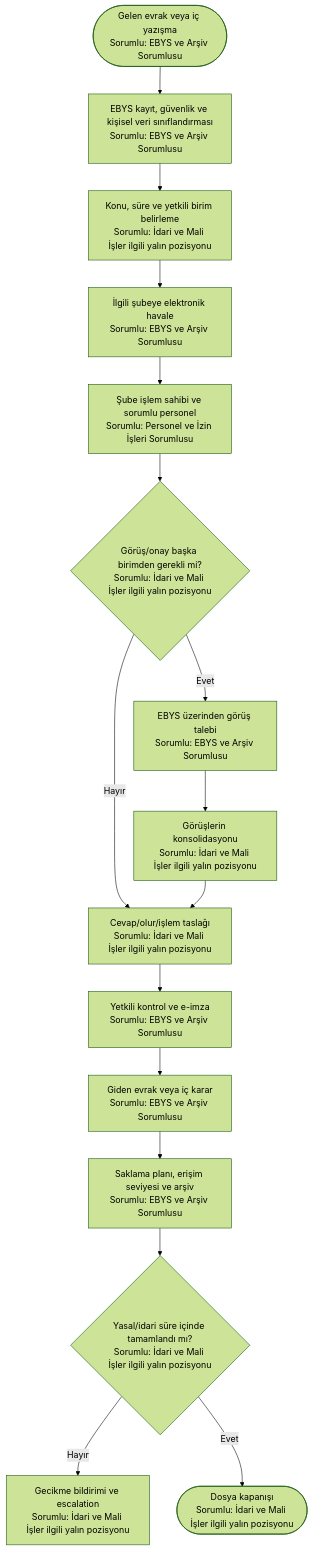
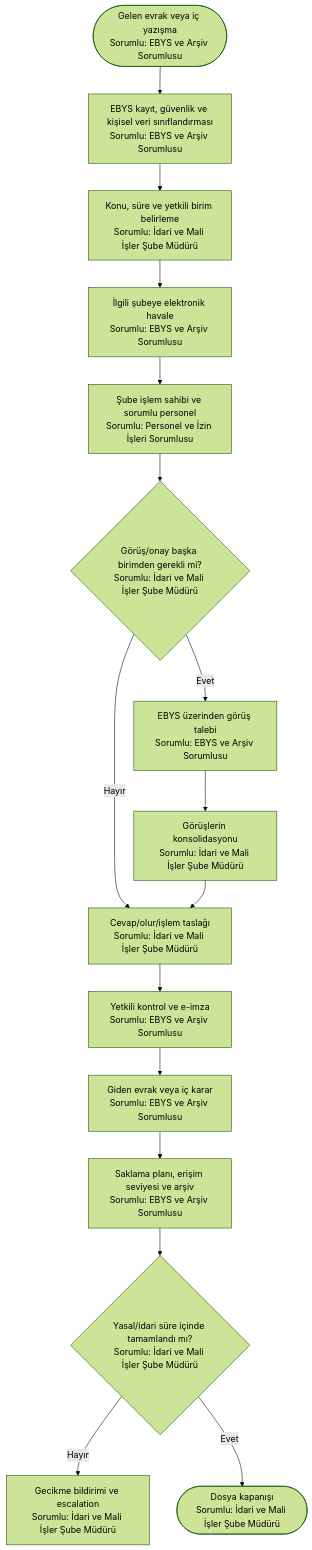
One commit to merdaergen-create/Ulasim_Dairesi_Is_Analizi changed the fourth of 6 diagrams in 11_yalin_surec_haritalari_sorumlulari_belirtilmis/idari_isler/README.md. Above: the diagram before and after it, drawn with Mermaid (forest theme). The commit also changed other lines of this file and 9 other files, not shown here.

Commit message:
Yalın süreç haritalarını koruyarak kesin sorumlu pozisyonları ekle

````diff
--- a/11_yalin_surec_haritalari_sorumlulari_belirtilmis/idari_isler/README.md
+++ b/11_yalin_surec_haritalari_sorumlulari_belirtilmis/idari_isler/README.md
@@ -118,18 +118,18 @@
 ```mermaid
 flowchart TD
     A([Gelen evrak veya iç yazışma<br/>Sorumlu: EBYS ve Arşiv Sorumlusu]) --> B[EBYS kayıt, güvenlik ve kişisel veri sınıflandırması<br/>Sorumlu: EBYS ve Arşiv Sorumlusu]
-    B --> C[Konu, süre ve yetkili birim belirleme<br/>Sorumlu: İdari ve Mali İşler ilgili yalın pozisyonu]
+    B --> C[Konu, süre ve yetkili birim belirleme<br/>Sorumlu: İdari ve Mali İşler Şube Müdürü]
     C --> D[İlgili şubeye elektronik havale<br/>Sorumlu: EBYS ve Arşiv Sorumlusu]
     D --> E[Şube işlem sahibi ve sorumlu personel<br/>Sorumlu: Personel ve İzin İşleri Sorumlusu]
-    E --> F{Görüş/onay başka birimden gerekli mi?<br/>Sorumlu: İdari ve Mali İşler ilgili yalın pozisyonu}
+    E --> F{Görüş/onay başka birimden gerekli mi?<br/>Sorumlu: İdari ve Mali İşler Şube Müdürü}
     F -- Evet --> G[EBYS üzerinden görüş talebi<br/>Sorumlu: EBYS ve Arşiv Sorumlusu]
-    G --> H[Görüşlerin konsolidasyonu<br/>Sorumlu: İdari ve Mali İşler ilgili yalın pozisyonu]
-    F -- Hayır --> I[Cevap/olur/işlem taslağı<br/>Sorumlu: İdari ve Mali İşler ilgili yalın pozisyonu]
+    G --> H[Görüşlerin konsolidasyonu<br/>Sorumlu: İdari ve Mali İşler Şube Müdürü]
+    F -- Hayır --> I[Cevap/olur/işlem taslağı<br/>Sorumlu: İdari ve Mali İşler Şube Müdürü]
     H --> I
     I --> J[Yetkili kontrol ve e-imza<br/>Sorumlu: EBYS ve Arşiv Sorumlusu]
     J --> K[Giden evrak veya iç karar<br/>Sorumlu: EBYS ve Arşiv Sorumlusu]
     K --> L[Saklama planı, erişim seviyesi ve arşiv<br/>Sorumlu: EBYS ve Arşiv Sorumlusu]
-    L --> M{Yasal/idari süre içinde tamamlandı mı?<br/>Sorumlu: İdari ve Mali İşler ilgili yalın pozisyonu}
-    M -- Hayır --> N[Gecikme bildirimi ve escalation<br/>Sorumlu: İdari ve Mali İşler ilgili yalın pozisyonu]
-    M -- Evet --> O([Dosya kapanışı<br/>Sorumlu: İdari ve Mali İşler ilgili yalın pozisyonu])
+    L --> M{Yasal/idari süre içinde tamamlandı mı?<br/>Sorumlu: İdari ve Mali İşler Şube Müdürü}
+    M -- Hayır --> N[Gecikme bildirimi ve escalation<br/>Sorumlu: İdari ve Mali İşler Şube Müdürü]
+    M -- Evet --> O([Dosya kapanışı<br/>Sorumlu: İdari ve Mali İşler Şube Müdürü])
 ```
````
